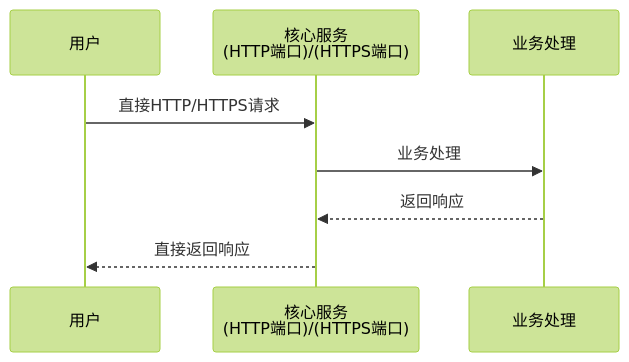
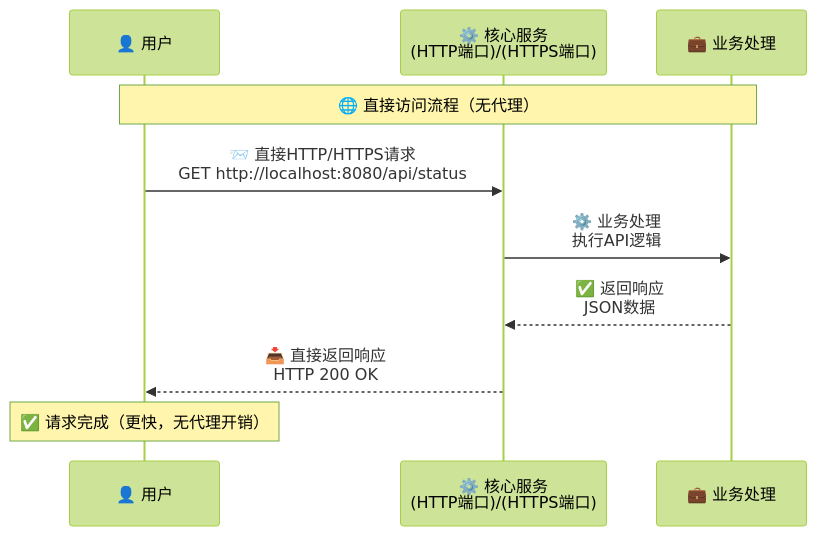
One commit to sunflowermm/XRK-AGT changed the fifth of 13 diagrams in docs/server.md. Above: the diagram before and after it, drawn with Mermaid (forest theme). The commit also changed other lines of this file and 9 other files, not shown here.

````diff
--- a/docs/server.md
+++ b/docs/server.md
@@ -268,11 +302,15 @@
 ```mermaid
 sequenceDiagram
-    participant User as 用户
-    participant Core as 核心服务<br/>(HTTP端口)/(HTTPS端口)
-    participant Business as 业务处理
+    participant User as 👤 用户
+    participant Core as ⚙️ 核心服务<br/>(HTTP端口)/(HTTPS端口)
+    participant Business as 💼 业务处理
     
-    User->>Core: 直接HTTP/HTTPS请求
-    Core->>Business: 业务处理
-    Business-->>Core: 返回响应
-    Core-->>User: 直接返回响应
+    Note over User,Business: 🌐 直接访问流程（无代理）
+    
+    User->>Core: 📨 直接HTTP/HTTPS请求<br/>GET http://localhost:8080/api/status
+    Core->>Business: ⚙️ 业务处理<br/>执行API逻辑
+    Business-->>Core: ✅ 返回响应<br/>JSON数据
+    Core-->>User: 📥 直接返回响应<br/>HTTP 200 OK
+    
+    Note over User: ✅ 请求完成（更快，无代理开销）
 ```
````
